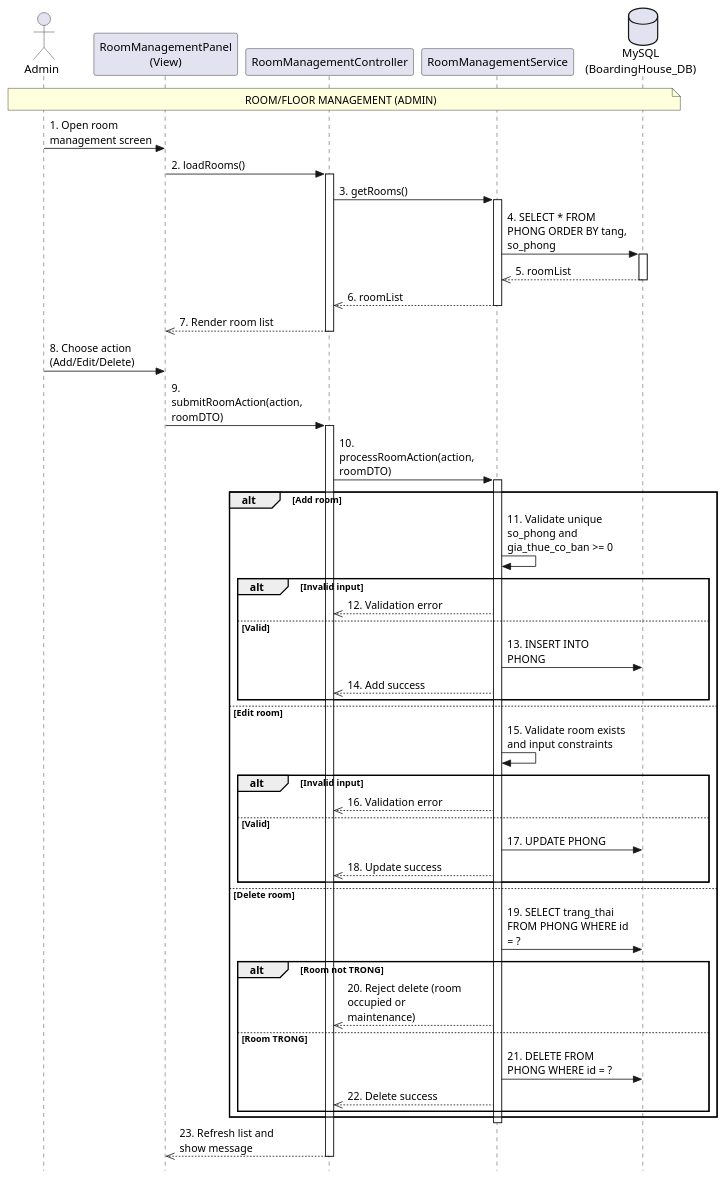
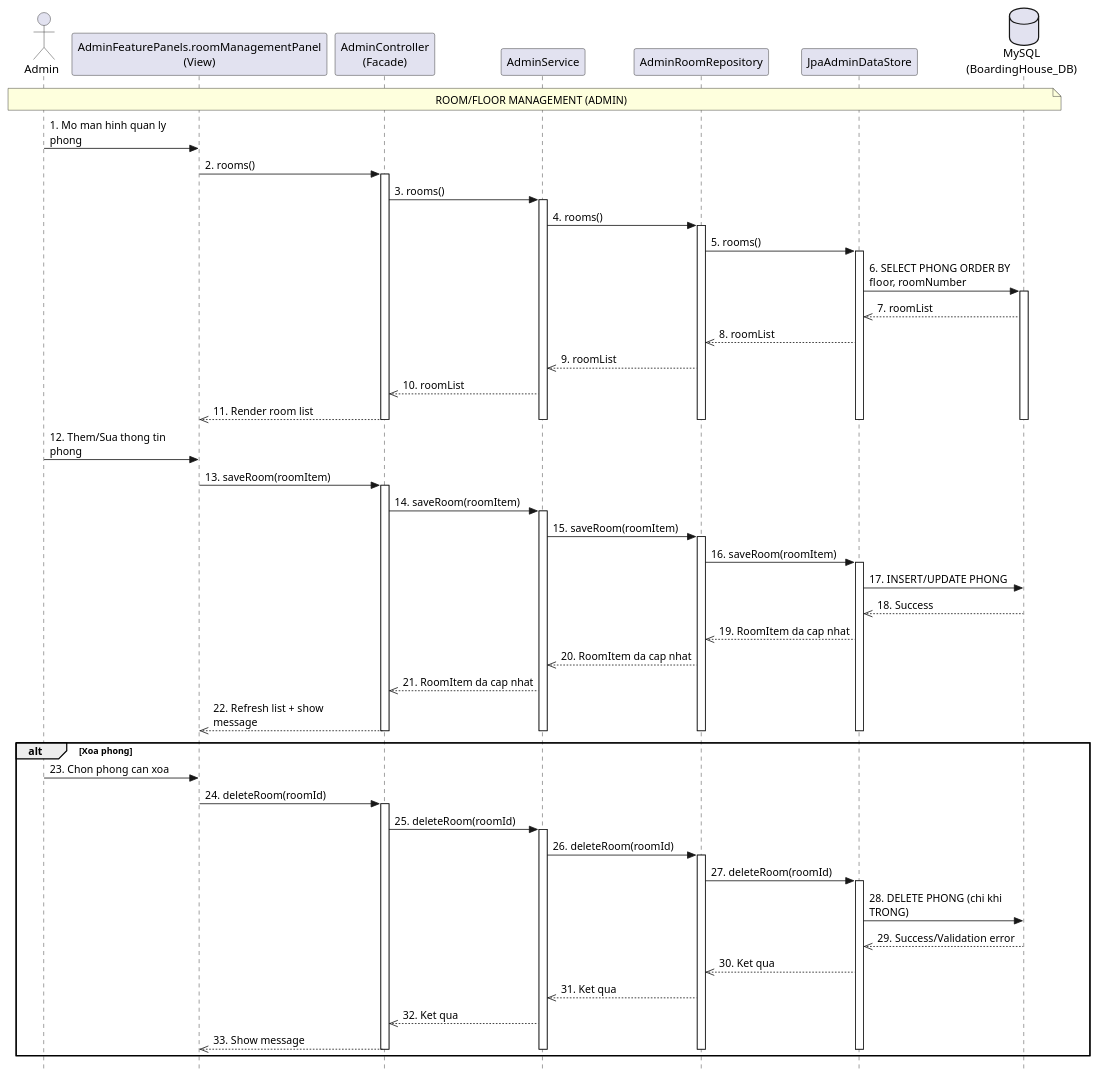
The diagram in src/main/java/com/example/house/uml/sequence/sequence_room_management_admin.puml (ongming/Boarding-House-Management-System), drawn with PlantUML before and after one commit. The commit also changed 50 other files, not shown here.

```diff
--- a/src/main/java/com/example/house/uml/sequence/sequence_room_management_admin.puml
+++ b/src/main/java/com/example/house/uml/sequence/sequence_room_management_admin.puml
@@ -1,62 +1,78 @@
 @startuml
 skinparam style strictuml
-skinparam maxMessageSize 150
+skinparam maxMessageSize 180
 
 actor "Admin" as Admin
-participant "RoomManagementPanel\n(View)" as View
-participant "RoomManagementController" as Controller
-participant "RoomManagementService" as Service
+participant "AdminFeaturePanels.roomManagementPanel\n(View)" as View
+participant "AdminController\n(Facade)" as Facade
+participant "AdminService" as Service
+participant "AdminRoomRepository" as Repository
+participant "JpaAdminDataStore" as DataStore
 database "MySQL\n(BoardingHouse_DB)" as DB
 
 Note over Admin, DB: ROOM/FLOOR MANAGEMENT (ADMIN)
 
-Admin -> View : 1. Open room management screen
-View -> Controller : 2. loadRooms()
-activate Controller
-Controller -> Service : 3. getRooms()
+Admin -> View : 1. Mo man hinh quan ly phong
+View -> Facade : 2. rooms()
+activate Facade
+Facade -> Service : 3. rooms()
 activate Service
-Service -> DB : 4. SELECT * FROM PHONG ORDER BY tang, so_phong
+Service -> Repository : 4. rooms()
+activate Repository
+Repository -> DataStore : 5. rooms()
+activate DataStore
+DataStore -> DB : 6. SELECT PHONG ORDER BY floor, roomNumber
 activate DB
-DB -->> Service : 5. roomList
-Deactivate DB
-Service -->> Controller : 6. roomList
-Deactivate Service
-Controller -->> View : 7. Render room list
-Deactivate Controller
+DB -->> DataStore : 7. roomList
+DataStore -->> Repository : 8. roomList
+Repository -->> Service : 9. roomList
+Service -->> Facade : 10. roomList
+Facade -->> View : 11. Render room list
+deactivate DB
+deactivate DataStore
+deactivate Repository
+deactivate Service
+deactivate Facade
 
-Admin -> View : 8. Choose action (Add/Edit/Delete)
-View -> Controller : 9. submitRoomAction(action, roomDTO)
-activate Controller
-Controller -> Service : 10. processRoomAction(action, roomDTO)
+Admin -> View : 12. Them/Sua thong tin phong
+View -> Facade : 13. saveRoom(roomItem)
+activate Facade
+Facade -> Service : 14. saveRoom(roomItem)
 activate Service
+Service -> Repository : 15. saveRoom(roomItem)
+activate Repository
+Repository -> DataStore : 16. saveRoom(roomItem)
+activate DataStore
+DataStore -> DB : 17. INSERT/UPDATE PHONG
+DB -->> DataStore : 18. Success
+DataStore -->> Repository : 19. RoomItem da cap nhat
+Repository -->> Service : 20. RoomItem da cap nhat
+Service -->> Facade : 21. RoomItem da cap nhat
+Facade -->> View : 22. Refresh list + show message
+deactivate DataStore
+deactivate Repository
+deactivate Service
+deactivate Facade
 
-alt Add room
-    Service -> Service : 11. Validate unique so_phong and gia_thue_co_ban >= 0
-    alt Invalid input
-        Service -->> Controller : 12. Validation error
-    else Valid
-        Service -> DB : 13. INSERT INTO PHONG
-        Service -->> Controller : 14. Add success
-    end
-else Edit room
-    Service -> Service : 15. Validate room exists and input constraints
-    alt Invalid input
-        Service -->> Controller : 16. Validation error
-    else Valid
-        Service -> DB : 17. UPDATE PHONG
-        Service -->> Controller : 18. Update success
-    end
-else Delete room
-    Service -> DB : 19. SELECT trang_thai FROM PHONG WHERE id = ?
-    alt Room not TRONG
-        Service -->> Controller : 20. Reject delete (room occupied or maintenance)
-    else Room TRONG
-        Service -> DB : 21. DELETE FROM PHONG WHERE id = ?
-        Service -->> Controller : 22. Delete success
-    end
+alt Xoa phong
+    Admin -> View : 23. Chon phong can xoa
+    View -> Facade : 24. deleteRoom(roomId)
+    activate Facade
+    Facade -> Service : 25. deleteRoom(roomId)
+    activate Service
+    Service -> Repository : 26. deleteRoom(roomId)
+    activate Repository
+    Repository -> DataStore : 27. deleteRoom(roomId)
+    activate DataStore
+    DataStore -> DB : 28. DELETE PHONG (chi khi TRONG)
+    DB -->> DataStore : 29. Success/Validation error
+    DataStore -->> Repository : 30. Ket qua
+    Repository -->> Service : 31. Ket qua
+    Service -->> Facade : 32. Ket qua
+    Facade -->> View : 33. Show message
+    deactivate DataStore
+    deactivate Repository
+    deactivate Service
+    deactivate Facade
 end
-
-Deactivate Service
-Controller -->> View : 23. Refresh list and show message
-Deactivate Controller
 @enduml
```
